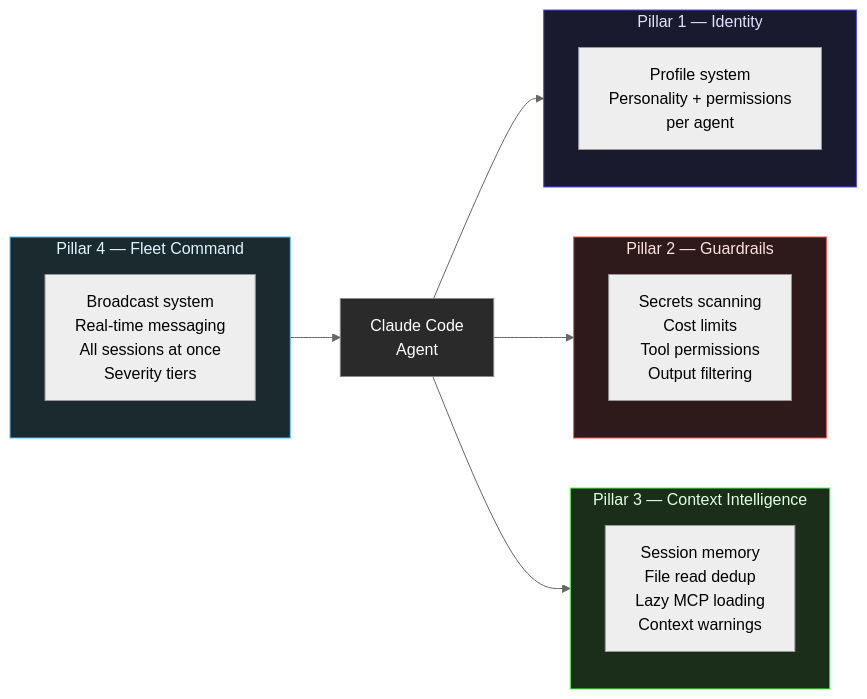
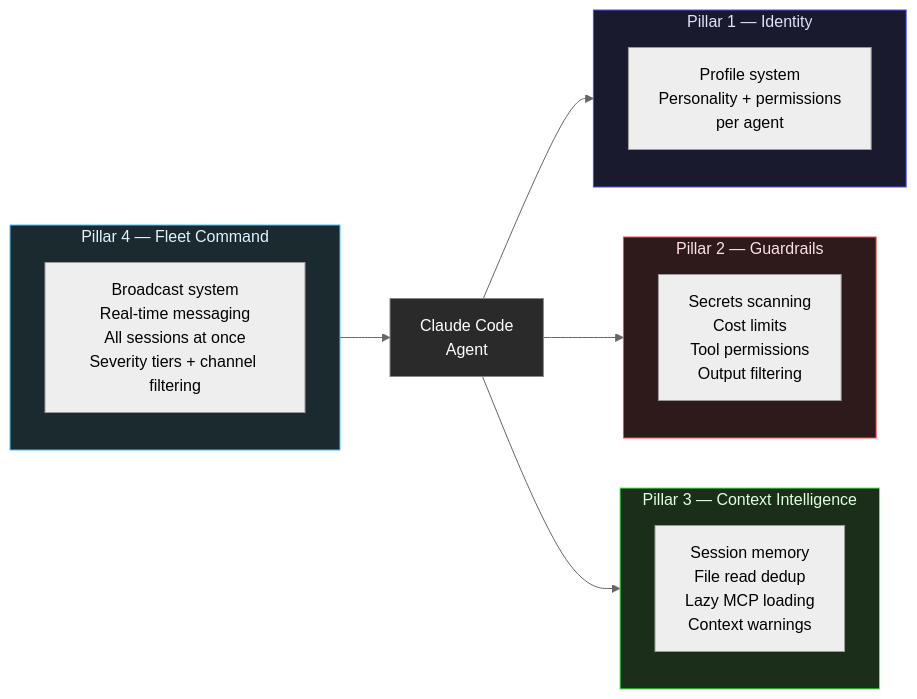
The diagram in index.md (the-cloud-clockwork/agentihooks), drawn with Mermaid (neutral theme) before and after one commit. The commit also changed other lines of this file, not shown here.

Commit message:
docs(channels): surface channel filtering on the Jekyll landing page
The root index.md (GitHub Pages landing) had a Pillar 4 / Fleet Command
section pitching the broadcast system without ever mentioning channels —
both in the four-pillars diagram and in the marketing paragraph.

- Pillar 4 box: append "Severity tiers + channel filtering"
- Fleet Command paragraph: add a closing sentence explaining channel-tagged
  delivery and naming AGENTIHOOKS_BASE_CHANNELS as the per-profile /
  per-repo / per-container subscription knob

````diff
--- a/index.md
+++ b/index.md
@@ -34,33 +34,33 @@
 ```mermaid
 flowchart LR
     subgraph P1["Pillar 1 — Identity"]
         direction TB
         I1["Profile system\nPersonality + permissions\nper agent"]
     end
 
     subgraph P2["Pillar 2 — Guardrails"]
         direction TB
         G1["Secrets scanning\nCost limits\nTool permissions\nOutput filtering"]
     end
 
     subgraph P3["Pillar 3 — Context Intelligence"]
         direction TB
         C1["Session memory\nFile read dedup\nLazy MCP loading\nContext warnings"]
     end
 
     subgraph P4["Pillar 4 — Fleet Command"]
         direction TB
-        F1["Broadcast system\nReal-time messaging\nAll sessions at once\nSeverity tiers"]
+        F1["Broadcast system\nReal-time messaging\nAll sessions at once\nSeverity tiers + channel filtering"]
     end
 
     CLAUDE["Claude Code\nAgent"] --> P1
     CLAUDE --> P2
     CLAUDE --> P3
     P4 --> CLAUDE
 
     style P1 fill:#1a1a2e,color:#e0e0ff,stroke:#4a4aff
     style P2 fill:#2e1a1a,color:#ffe0e0,stroke:#ff4a4a
     style P3 fill:#1a2e1a,color:#e0ffe0,stroke:#4aff4a
     style P4 fill:#1a2a2e,color:#e0f4ff,stroke:#4ac4ff
     style CLAUDE fill:#2a2a2a,color:#ffffff,stroke:#888888
 ```
````
